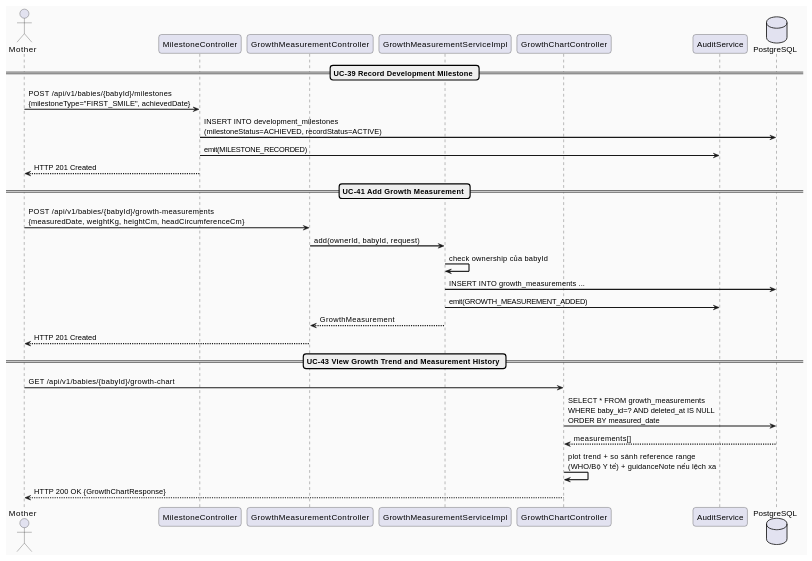
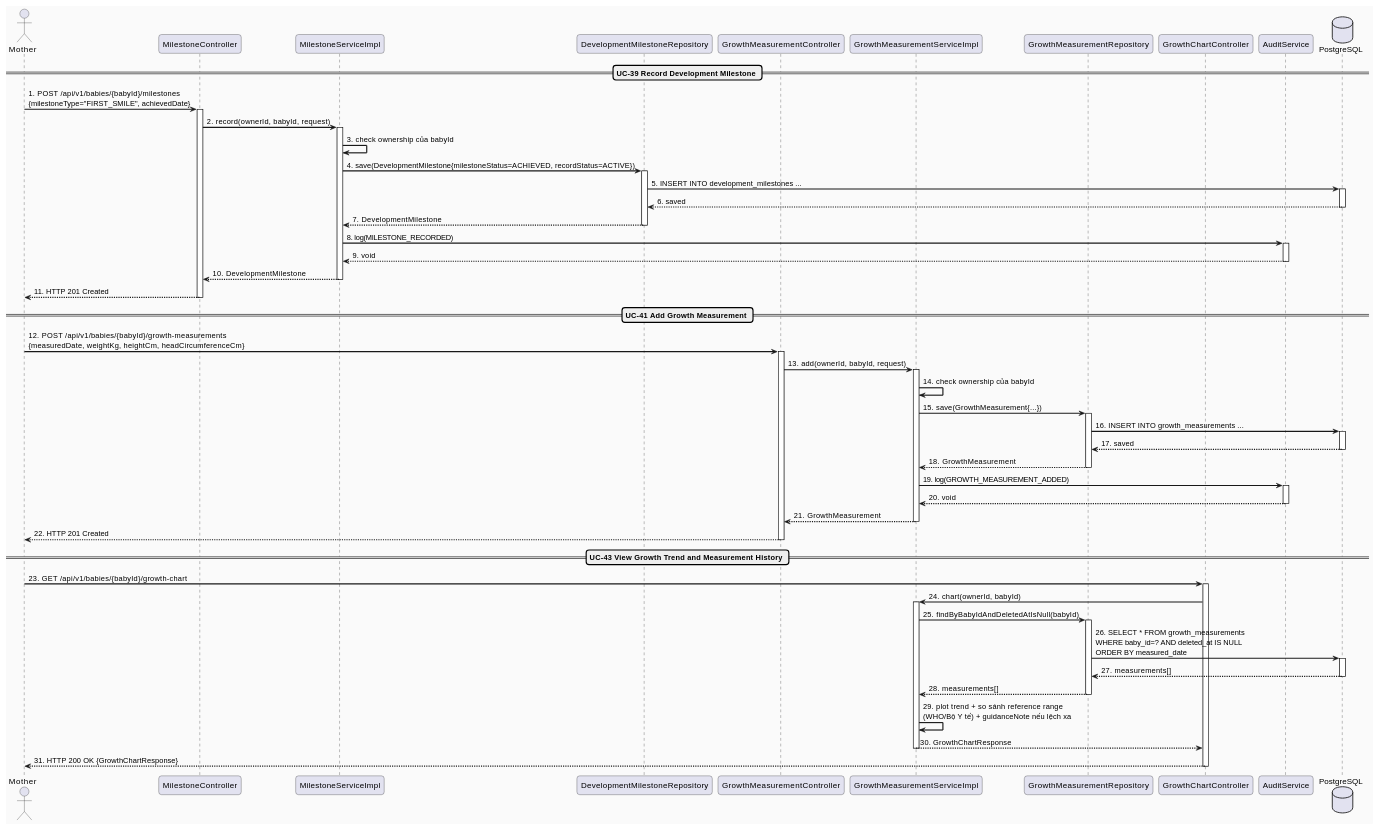
The second of 3 diagrams in docs/Detailed_Design/MF03_Baby_Care_Growth_Vaccination/02_Growth_Development_Tracking.md (ChuongBDHE172784/CareBridge_SEP490_G79), drawn with PlantUML before and after one commit. The commit also changed 29 other files, not shown here.

Commit message:
feat: add detailed sequence diagrams to documentation and standardize service-layer interaction flows across modules

````diff
--- a/docs/Detailed_Design/MF03_Baby_Care_Growth_Vaccination/02_Growth_Development_Tracking.md
+++ b/docs/Detailed_Design/MF03_Baby_Care_Growth_Vaccination/02_Growth_Development_Tracking.md
@@ -127,33 +127,79 @@
 
 actor "Mother" as M
 participant "MilestoneController" as MilestoneController
+participant "MilestoneServiceImpl" as MilestoneService
+participant "DevelopmentMilestoneRepository" as MilestoneRepo
 participant "GrowthMeasurementController" as GrowthController
 participant "GrowthMeasurementServiceImpl" as GrowthService
+participant "GrowthMeasurementRepository" as GrowthRepo
 participant "GrowthChartController" as ChartController
 participant "AuditService" as Audit
 database "PostgreSQL" as DB
 
 == UC-39 Record Development Milestone ==
-M -> MilestoneController : POST /api/v1/babies/{babyId}/milestones\n{milestoneType="FIRST_SMILE", achievedDate}
-MilestoneController -> DB : INSERT INTO development_milestones\n(milestoneStatus=ACHIEVED, recordStatus=ACTIVE)
-MilestoneController -> Audit : emit(MILESTONE_RECORDED)
-MilestoneController --> M : HTTP 201 Created
+M -> MilestoneController : 1. POST /api/v1/babies/{babyId}/milestones\n{milestoneType="FIRST_SMILE", achievedDate}
+activate MilestoneController
+MilestoneController -> MilestoneService : 2. record(ownerId, babyId, request)
+activate MilestoneService
+MilestoneService -> MilestoneService : 3. check ownership của babyId
+MilestoneService -> MilestoneRepo : 4. save(DevelopmentMilestone{milestoneStatus=ACHIEVED, recordStatus=ACTIVE})
+activate MilestoneRepo
+MilestoneRepo -> DB : 5. INSERT INTO development_milestones ...
+activate DB
+DB --> MilestoneRepo : 6. saved
+deactivate DB
+MilestoneRepo --> MilestoneService : 7. DevelopmentMilestone
+deactivate MilestoneRepo
+MilestoneService -> Audit : 8. log(MILESTONE_RECORDED)
+activate Audit
+Audit --> MilestoneService : 9. void
+deactivate Audit
+MilestoneService --> MilestoneController : 10. DevelopmentMilestone
+deactivate MilestoneService
+MilestoneController --> M : 11. HTTP 201 Created
+deactivate MilestoneController
 
 == UC-41 Add Growth Measurement ==
-M -> GrowthController : POST /api/v1/babies/{babyId}/growth-measurements\n{measuredDate, weightKg, heightCm, headCircumferenceCm}
-GrowthController -> GrowthService : add(ownerId, babyId, request)
-GrowthService -> GrowthService : check ownership của babyId
-GrowthService -> DB : INSERT INTO growth_measurements ...
-GrowthService -> Audit : emit(GROWTH_MEASUREMENT_ADDED)
-GrowthService --> GrowthController : GrowthMeasurement
-GrowthController --> M : HTTP 201 Created
+M -> GrowthController : 12. POST /api/v1/babies/{babyId}/growth-measurements\n{measuredDate, weightKg, heightCm, headCircumferenceCm}
+activate GrowthController
+GrowthController -> GrowthService : 13. add(ownerId, babyId, request)
+activate GrowthService
+GrowthService -> GrowthService : 14. check ownership của babyId
+GrowthService -> GrowthRepo : 15. save(GrowthMeasurement{...})
+activate GrowthRepo
+GrowthRepo -> DB : 16. INSERT INTO growth_measurements ...
+activate DB
+DB --> GrowthRepo : 17. saved
+deactivate DB
+GrowthRepo --> GrowthService : 18. GrowthMeasurement
+deactivate GrowthRepo
+GrowthService -> Audit : 19. log(GROWTH_MEASUREMENT_ADDED)
+activate Audit
+Audit --> GrowthService : 20. void
+deactivate Audit
+GrowthService --> GrowthController : 21. GrowthMeasurement
+deactivate GrowthService
+GrowthController --> M : 22. HTTP 201 Created
+deactivate GrowthController
 
 == UC-43 View Growth Trend and Measurement History ==
-M -> ChartController : GET /api/v1/babies/{babyId}/growth-chart
-ChartController -> DB : SELECT * FROM growth_measurements\nWHERE baby_id=? AND deleted_at IS NULL\nORDER BY measured_date
-DB --> ChartController : measurements[]
-ChartController -> ChartController : plot trend + so sánh reference range\n(WHO/Bộ Y tế) + guidanceNote nếu lệch xa
-ChartController --> M : HTTP 200 OK {GrowthChartResponse}
+M -> ChartController : 23. GET /api/v1/babies/{babyId}/growth-chart
+activate ChartController
+ChartController -> GrowthService : 24. chart(ownerId, babyId)
+activate GrowthService
+GrowthService -> GrowthRepo : 25. findByBabyIdAndDeletedAtIsNull(babyId)
+activate GrowthRepo
+GrowthRepo -> DB : 26. SELECT * FROM growth_measurements\nWHERE baby_id=? AND deleted_at IS NULL\nORDER BY measured_date
+activate DB
+DB --> GrowthRepo : 27. measurements[]
+deactivate DB
+GrowthRepo --> GrowthService : 28. measurements[]
+deactivate GrowthRepo
+GrowthService -> GrowthService : 29. plot trend + so sánh reference range\n(WHO/Bộ Y tế) + guidanceNote nếu lệch xa
+GrowthService --> ChartController : 30. GrowthChartResponse
+deactivate GrowthService
+ChartController --> M : 31. HTTP 200 OK {GrowthChartResponse}
+deactivate ChartController
 
 @enduml
 ```
````
